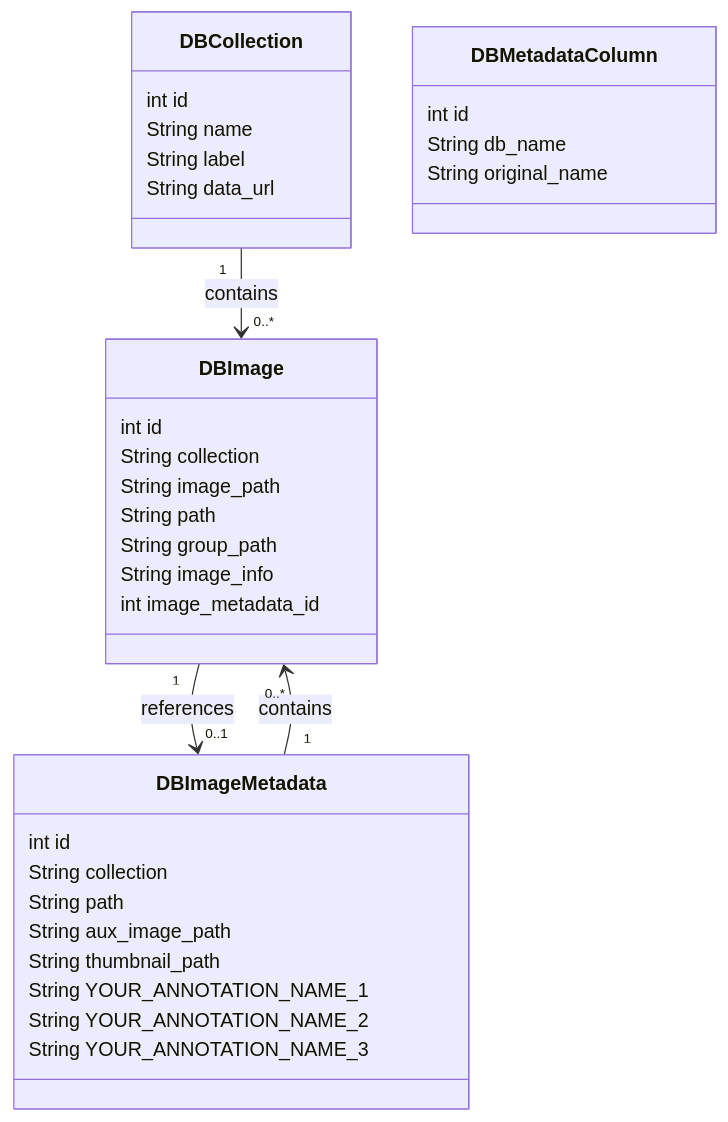
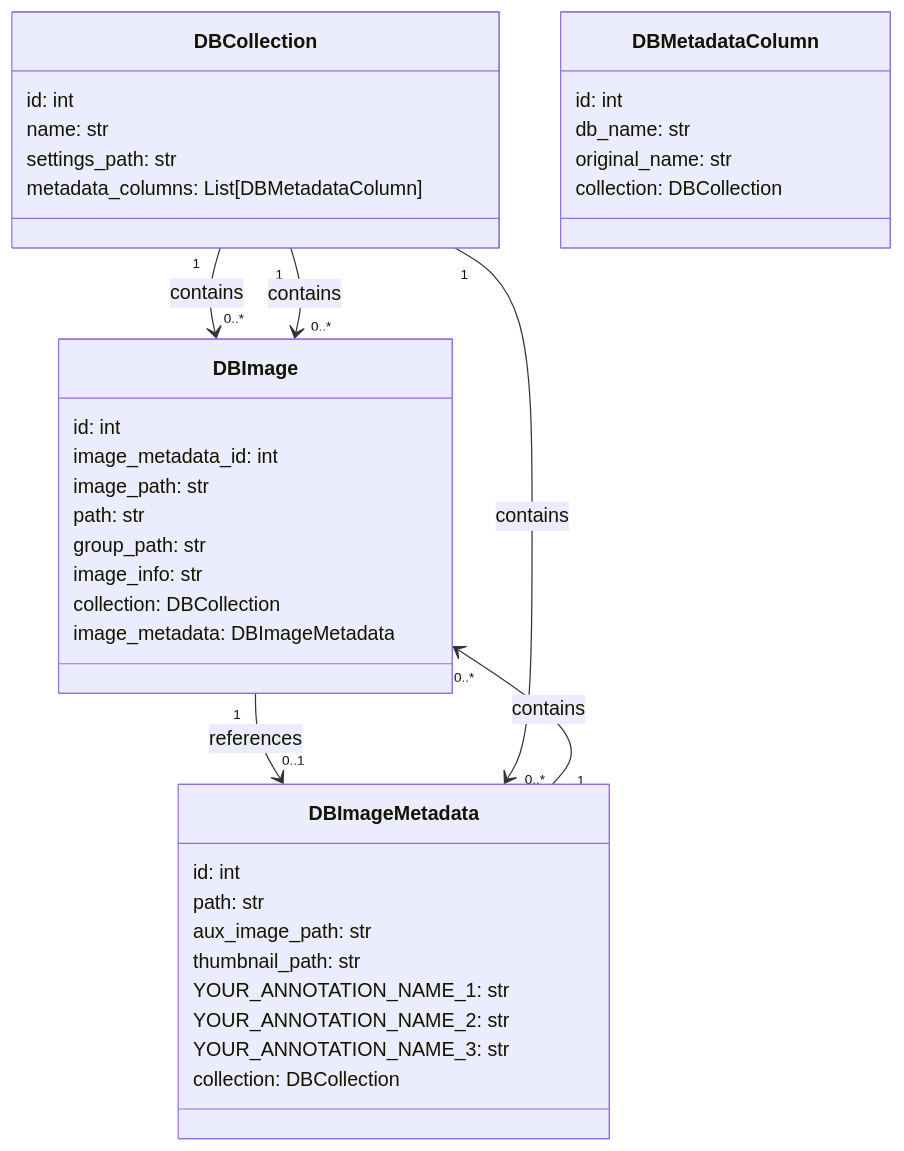
The first of 2 diagrams in docs/Overview.md (JaneliaSciComp/zarrcade), drawn with Mermaid before and after one commit. The commit also changed other lines of this file, not shown here.

````diff
--- a/docs/Overview.md
+++ b/docs/Overview.md
@@ -27,41 +27,45 @@
 ```mermaid
 classDiagram
 
 class DBCollection {
-    int id
-    String name
-    String label
-    String data_url
+    id: int
+    name: str
+    settings_path: str
+    metadata_columns: List[DBMetadataColumn]
 }
 
 class DBMetadataColumn {
-    int id
-    String db_name
-    String original_name
+    id: int
+    db_name: str
+    original_name: str
+    collection: DBCollection
 }
 
 class DBImageMetadata {
-    int id
-    String collection
-    String path
-    String aux_image_path
-    String thumbnail_path
-    String YOUR_ANNOTATION_NAME_1
-    String YOUR_ANNOTATION_NAME_2
-    String YOUR_ANNOTATION_NAME_3
+    id: int
+    path: str
+    aux_image_path: str
+    thumbnail_path: str
+    YOUR_ANNOTATION_NAME_1: str
+    YOUR_ANNOTATION_NAME_2: str
+    YOUR_ANNOTATION_NAME_3: str
+    collection: DBCollection
 }
 
 class DBImage {
-    int id
-    String collection
-    String image_path
-    String path
-    String group_path
-    String image_info
-    int image_metadata_id
+    id: int
+    image_metadata_id: int
+    image_path: str
+    path: str
+    group_path: str
+    image_info: str
+    collection: DBCollection
+    image_metadata: DBImageMetadata
 }
 
 DBImageMetadata "1" --> "0..*" DBImage : contains
 DBImage "1" --> "0..1" DBImageMetadata : references
 DBCollection "1" --> "0..*" DBImage : contains
+DBCollection "1" --> "0..*" DBImageMetadata : contains
+DBCollection "1" --> "0..*" DBImage : contains
 ```
````
